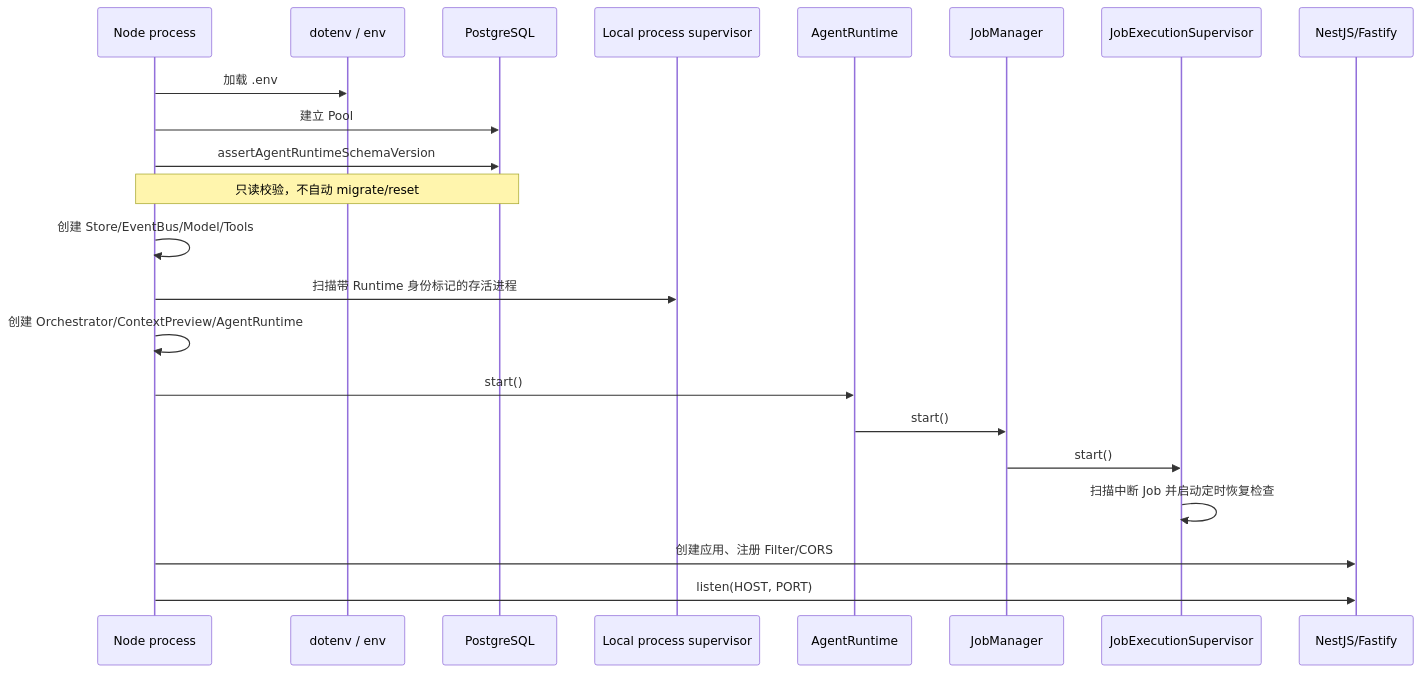
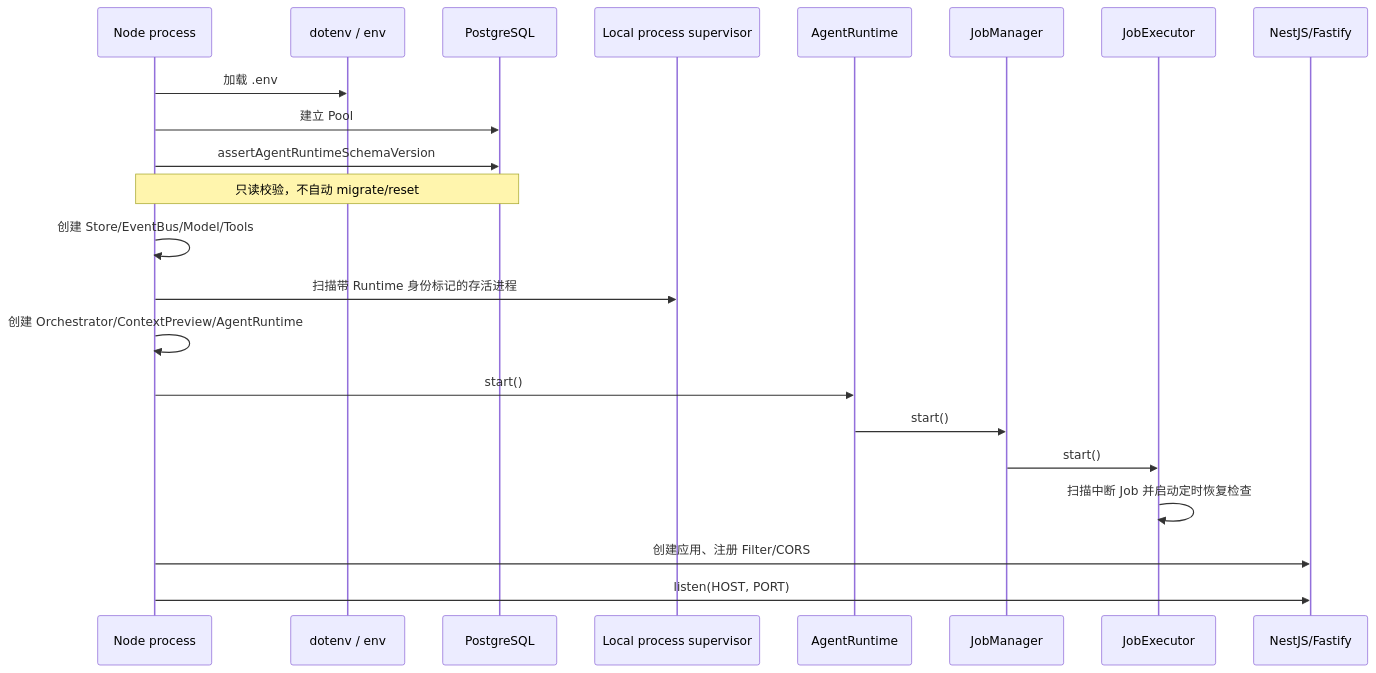
The second of 13 diagrams in docs/00-current-runtime-full-chain.md (lucyonegit/agent-runtime-v2), drawn with Mermaid before and after one commit. The commit also changed other lines of this file and 27 other files, not shown here.

```diff
--- a/docs/00-current-runtime-full-chain.md
+++ b/docs/00-current-runtime-full-chain.md
@@ -207,25 +207,25 @@
 ~~~mermaid
 sequenceDiagram
     participant P as Node process
     participant ENV as dotenv / env
     participant DB as PostgreSQL
     participant PS as Local process supervisor
     participant RT as AgentRuntime
     participant JM as JobManager
-    participant JES as JobExecutionSupervisor
+    participant JES as JobExecutor
     participant HTTP as NestJS/Fastify
 
     P->>ENV: 加载 .env
     P->>DB: 建立 Pool
     P->>DB: assertAgentRuntimeSchemaVersion
     Note over P,DB: 只读校验，不自动 migrate/reset
     P->>P: 创建 Store/EventBus/Model/Tools
     P->>PS: 扫描带 Runtime 身份标记的存活进程
     P->>P: 创建 Orchestrator/ContextPreview/AgentRuntime
     P->>RT: start()
     RT->>JM: start()
     JM->>JES: start()
     JES->>JES: 扫描中断 Job 并启动定时恢复检查
     P->>HTTP: 创建应用、注册 Filter/CORS
     P->>HTTP: listen(HOST, PORT)
 ~~~
```
